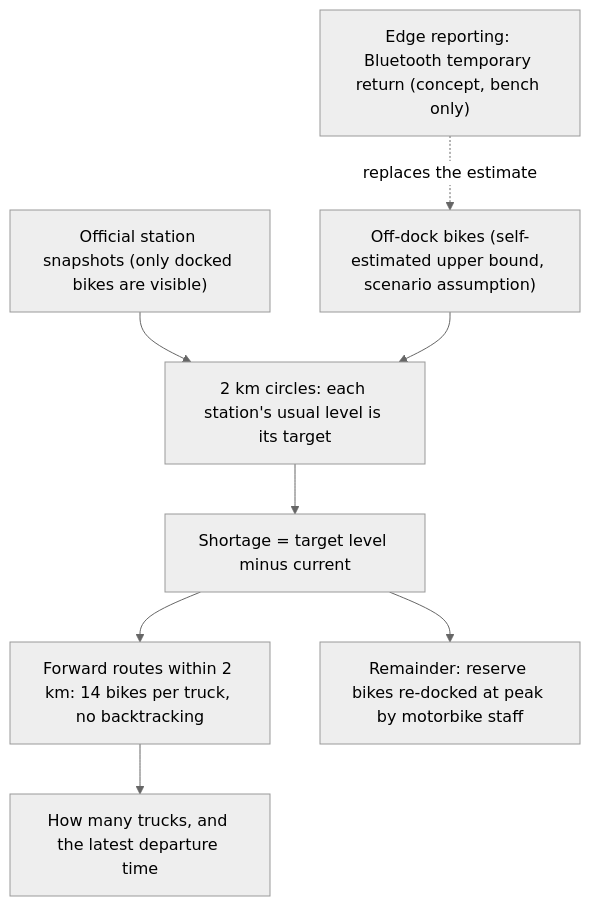
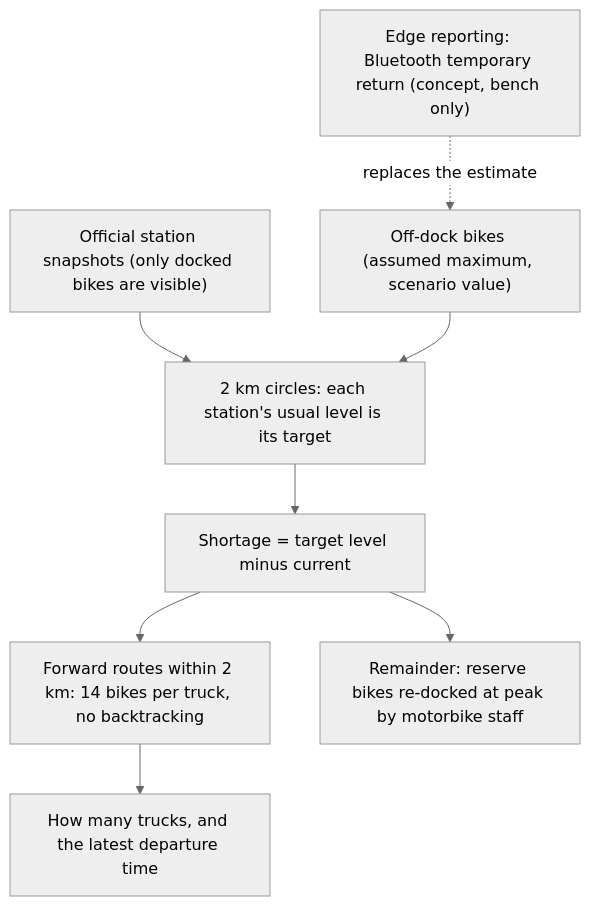
Before and after one commit to jiarong0423/unseen-bikes-dispatch: the first of 7 diagrams in README.md, drawn with Mermaid (neutral theme). The commit also changed other lines of this file and 4 other files, not shown here.

````diff
--- a/README.md
+++ b/README.md
@@ -39,10 +39,10 @@
 ```mermaid
 flowchart TD
     A["Official station snapshots (only docked bikes are visible)"] --> C["2 km circles: each station's usual level is its target"]
-    B["Off-dock bikes (self-estimated upper bound, scenario assumption)"] --> C
+    B["Off-dock bikes (assumed maximum, scenario value)"] --> C
     C --> D["Shortage = target level minus current"]
     D --> E["Forward routes within 2 km: 14 bikes per truck, no backtracking"]
     E --> F["How many trucks, and the latest departure time"]
     D --> G["Remainder: reserve bikes re-docked at peak by motorbike staff"]
     H["Edge reporting: Bluetooth temporary return (concept, bench only)"] -. replaces the estimate .-> B
 ```
````
